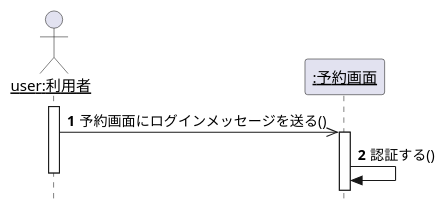
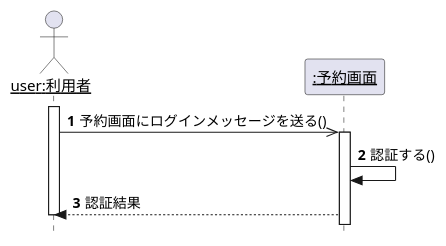
Before and after one commit to koha0516/uml-introduction: the diagram in 演習4-2_SD_利用者と予約画面.pu, drawn with PlantUML.

Commit message:
演習4-2.1

```diff
--- a/演習4-2_SD_利用者と予約画面.pu
+++ b/演習4-2_SD_利用者と予約画面.pu
@@ -1,17 +1,18 @@
 @startuml 演習4-2利用者と予約画面
     hide footbox
     'メッセージに自動で番号を降る
     autonumber
     ' 厳密なUMLに準拠する
     skinparam style strictuml
 
     actor "<u>user:利用者</u>" as user
     participant "<u>:予約画面</u>" as reserve
 
     activate user
         user ->> reserve : 予約画面にログインメッセージを送る()
             activate reserve
 
                 reserve -> reserve : 認証する()
+                user <-- reserve : 認証結果
     deactivate user
 @enduml
```
